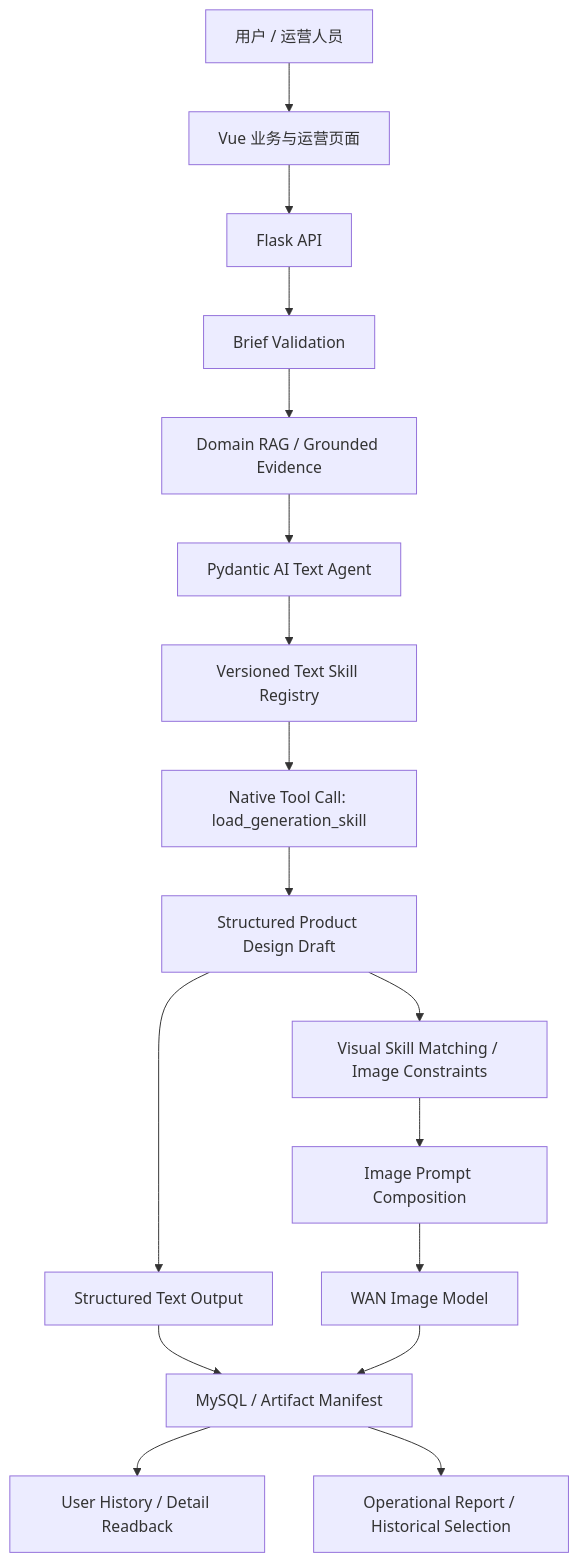
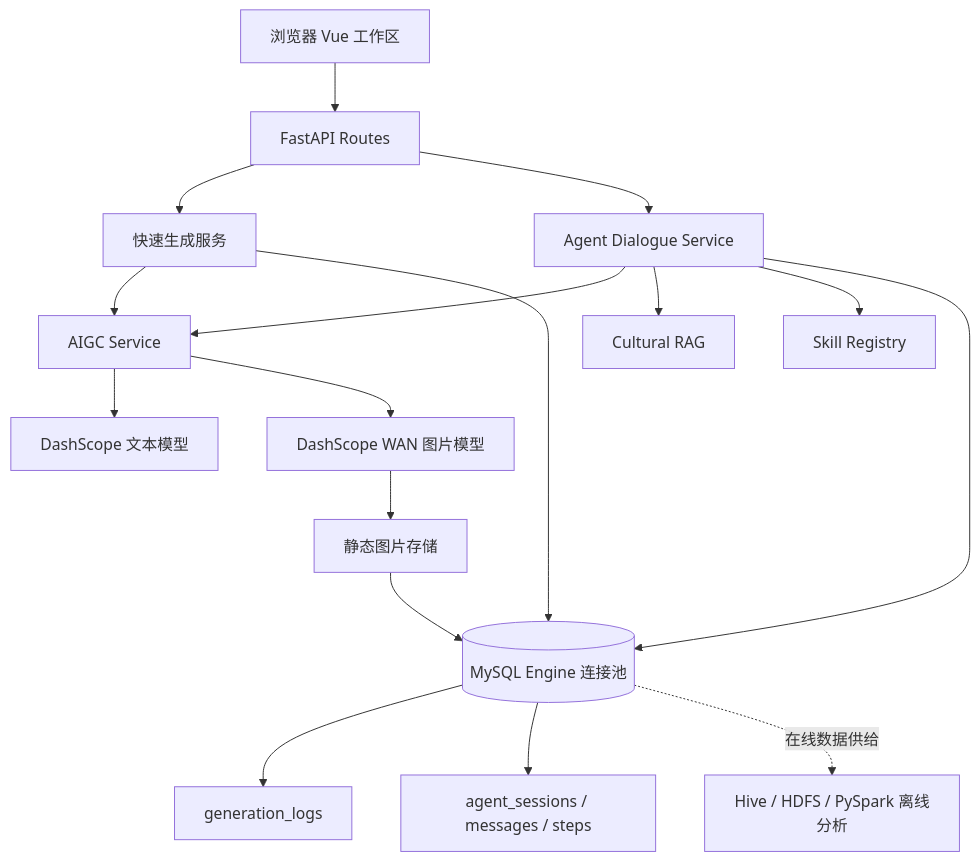
One commit to cecilia10445/smart-cultural-platform changed the second of 2 diagrams in README.md. Above: the diagram before and after it, drawn with Mermaid. The commit also changed other lines of this file, not shown here.

Commit message:
docs: refresh project overview and architecture

````diff
--- a/README.md
+++ b/README.md
@@ -22,19 +112,19 @@
 ```mermaid
-flowchart TD
-    U[用户 / 运营人员] --> FE[Vue 业务与运营页面]
-    FE --> API[Flask API]
-    API --> BV[Brief Validation]
-    BV --> RAG[Domain RAG / Grounded Evidence]
-    RAG --> TA[Pydantic AI Text Agent]
-    TA --> TC[Versioned Text Skill Registry]
-    TC --> T1[Native Tool Call: load_generation_skill]
-    T1 --> PD[Structured Product Design Draft]
-    PD --> VM[Visual Skill Matching / Image Constraints]
-    VM --> IP[Image Prompt Composition]
-    IP --> WAN[WAN Image Model]
-    PD --> OUT[Structured Text Output]
-    OUT --> DB[MySQL / Artifact Manifest]
-    WAN --> DB
-    DB --> UH[User History / Detail Readback]
-    DB --> OR[Operational Report / Historical Selection]
+flowchart TB
+    B[浏览器 Vue 工作区] --> R[FastAPI Routes]
+    R --> G[快速生成服务]
+    R --> D[Agent Dialogue Service]
+    G --> C[AIGC Service]
+    D --> C
+    D --> RG[Cultural RAG]
+    D --> SR[Skill Registry]
+    C --> TM[DashScope 文本模型]
+    C --> WM[DashScope WAN 图片模型]
+    WM --> IS[静态图片存储]
+    G --> MP[(MySQL Engine 连接池)]
+    D --> MP
+    IS --> MP
+    MP --> GL[generation_logs]
+    MP --> AS[agent_sessions / messages / steps]
+    MP -. 在线数据供给 .-> H[Hive / HDFS / PySpark 离线分析]
 ```
````
